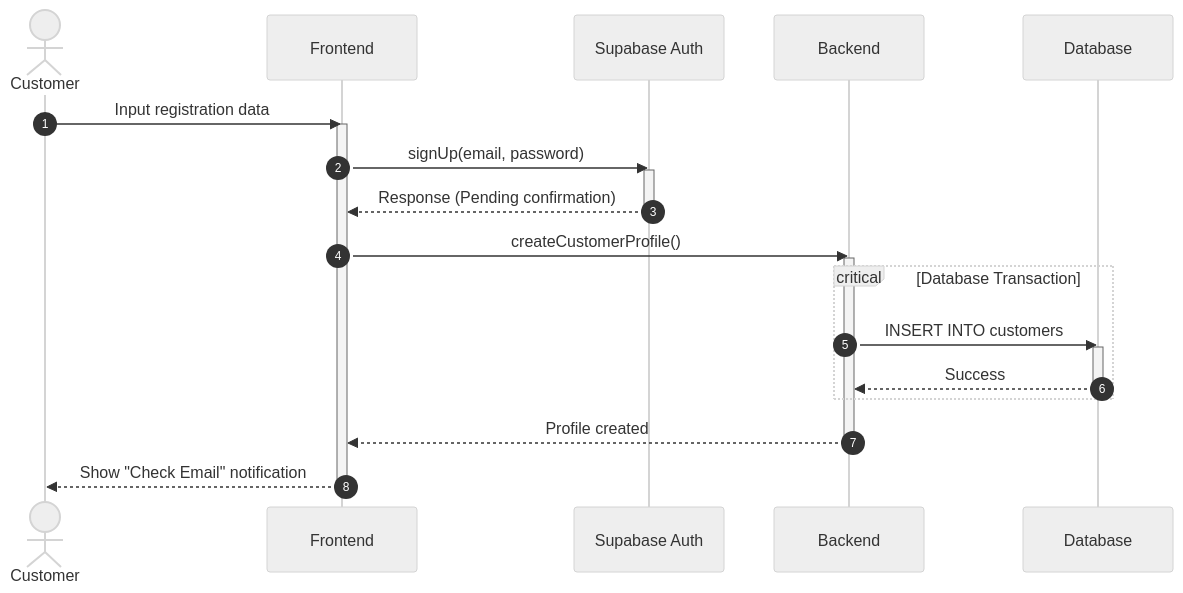
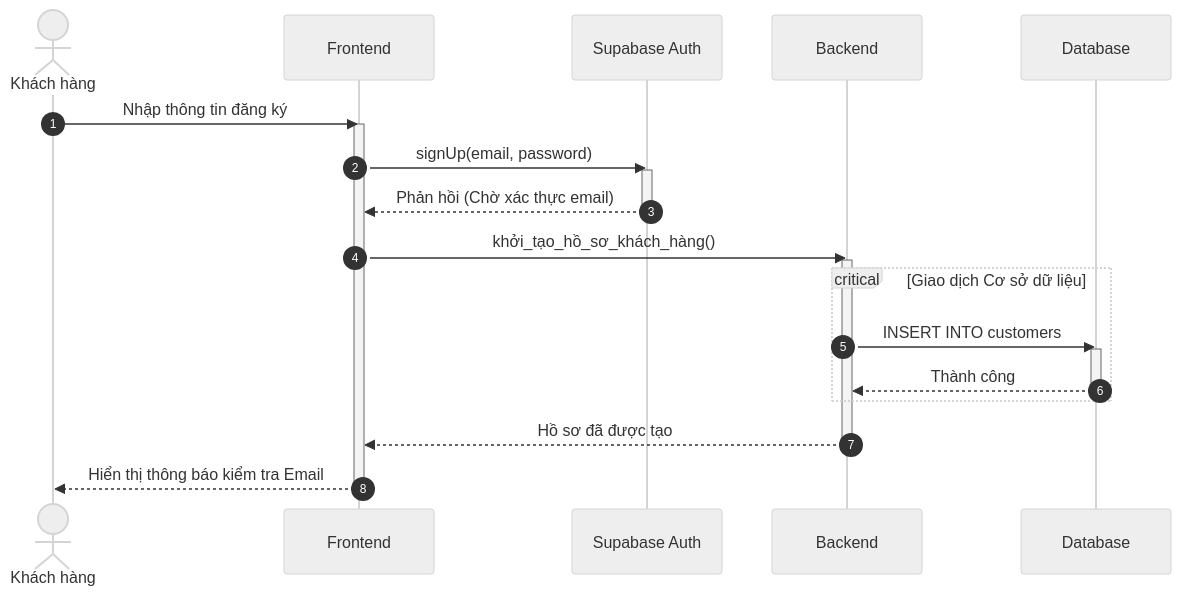
One commit to ngoctinn/Synapse changed the first of 3 diagrams in docs/design/sequences_simplified/authentication.md. Above: the diagram before and after it, drawn with Mermaid (neutral theme). The commit also changed other lines of this file and 4 other files, not shown here.

Commit message:
docs: Add simplified sequence diagrams for authentication and various user flows.

````diff
--- a/docs/design/sequences_simplified/authentication.md
+++ b/docs/design/sequences_simplified/authentication.md
@@ -7,30 +7,30 @@
 ```mermaid
 sequenceDiagram
     autonumber
-    actor User as Customer
+    actor User as Khách hàng
     participant FE as Frontend
     participant Auth as Supabase Auth
     participant BE as Backend
     participant DB as Database
 
-    User->>FE: Input registration data
+    User->>FE: Nhập thông tin đăng ký
     activate FE
     FE->>Auth: signUp(email, password)
     activate Auth
-    Auth-->>FE: Response (Pending confirmation)
+    Auth-->>FE: Phản hồi (Chờ xác thực email)
     deactivate Auth
 
-    FE->>BE: createCustomerProfile()
+    FE->>BE: khởi_tạo_hồ_sơ_khách_hàng()
     activate BE
-    critical Database Transaction
+    critical Giao dịch Cơ sở dữ liệu
         BE->>DB: INSERT INTO customers
         activate DB
-        DB-->>BE: Success
+        DB-->>BE: Thành công
         deactivate DB
     end
-    BE-->>FE: Profile created
+    BE-->>FE: Hồ sơ đã được tạo
     deactivate BE
 
-    FE-->>User: Show "Check Email" notification
+    FE-->>User: Hiển thị thông báo kiểm tra Email
     deactivate FE
 ```
````
